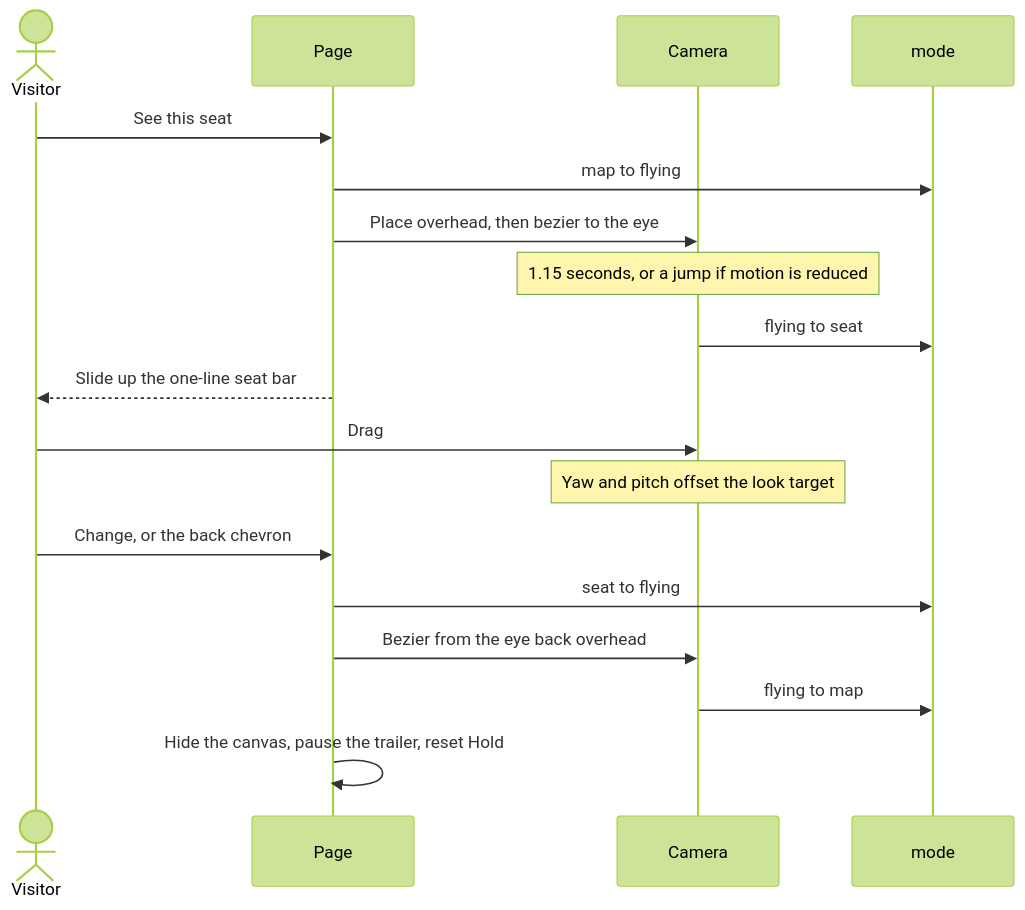
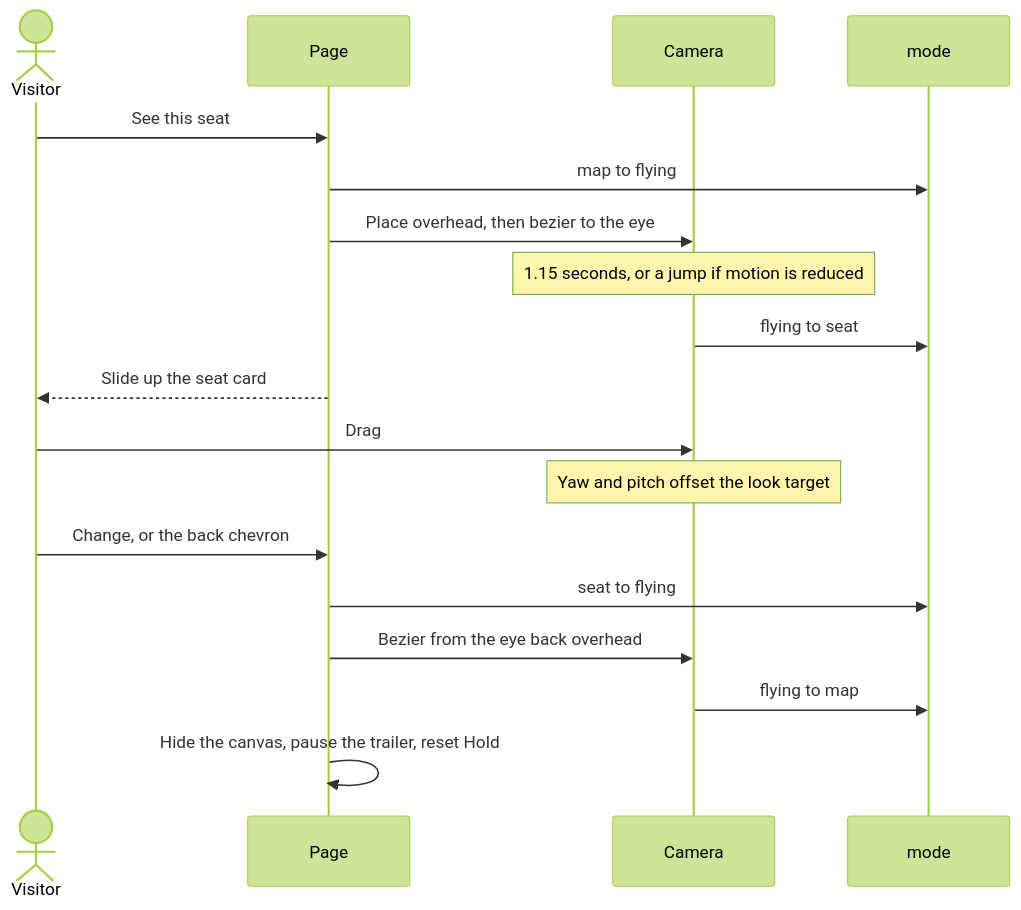
The third of 4 diagrams in README.md (nullmicgo/react-seatview), drawn with Mermaid (forest theme) before and after one commit. The commit also changed other lines of this file and 6 other files, not shown here.

````diff
--- a/README.md
+++ b/README.md
@@ -128,21 +128,21 @@
 ```mermaid
 sequenceDiagram
   actor Visitor
   participant Page as Page
   participant Camera as Camera
   participant Mode as mode
 
   Visitor->>Page: See this seat
   Page->>Mode: map to flying
   Page->>Camera: Place overhead, then bezier to the eye
   Note over Camera: 1.15 seconds, or a jump if motion is reduced
   Camera->>Mode: flying to seat
-  Page-->>Visitor: Slide up the one-line seat bar
+  Page-->>Visitor: Slide up the seat card
   Visitor->>Camera: Drag
   Note over Camera: Yaw and pitch offset the look target
   Visitor->>Page: Change, or the back chevron
   Page->>Mode: seat to flying
   Page->>Camera: Bezier from the eye back overhead
   Camera->>Mode: flying to map
   Page->>Page: Hide the canvas, pause the trailer, reset Hold
 ```
````
